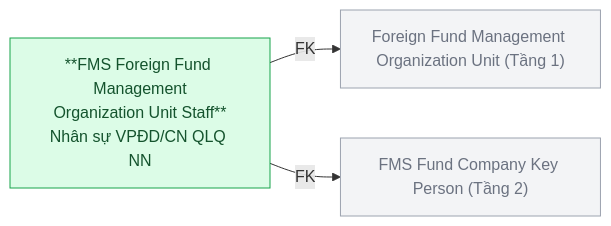
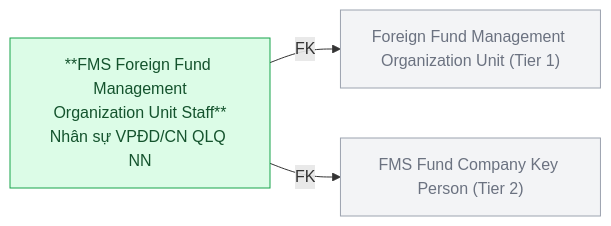
The sixth of 12 diagrams in Silver/hld/FMS_HLD_Tier3.md (linhlvit/ubck_atomic_design), drawn with Mermaid before and after one commit. The commit also changed other lines of this file and 111 other files, not shown here.

````diff
--- a/Silver/hld/FMS_HLD_Tier3.md
+++ b/Silver/hld/FMS_HLD_Tier3.md
@@ -157,12 +151,12 @@
 ```mermaid
 graph LR
     classDef silver fill:#dcfce7,stroke:#16a34a,color:#14532d
     classDef refnode fill:#f3f4f6,stroke:#9ca3af,color:#6b7280
 
-    FGOU["Foreign Fund Management Organization Unit (Tầng 1)"]:::refnode
-    KP["FMS Fund Company Key Person (Tầng 2)"]:::refnode
+    FGOU["Foreign Fund Management Organization Unit (Tier 1)"]:::refnode
+    KP["FMS Fund Company Key Person (Tier 2)"]:::refnode
     STF["**FMS Foreign Fund Management\nOrganization Unit Staff**\nNhân sự VPĐD/CN QLQ NN"]:::silver
 
     STF -->|FK| FGOU
     STF -->|FK| KP
 ```
````
